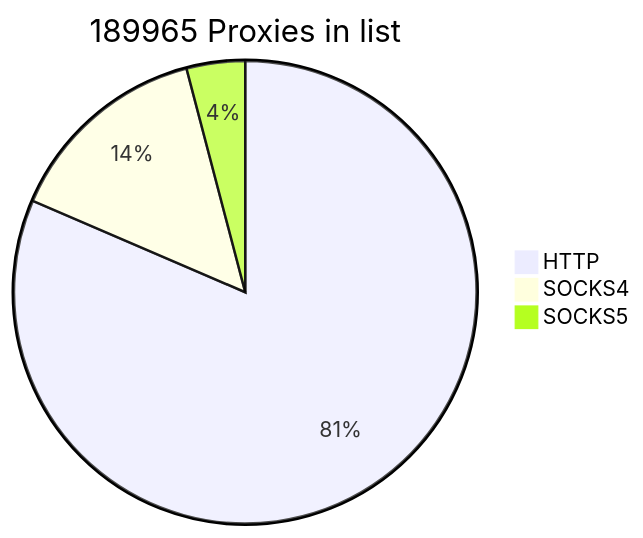
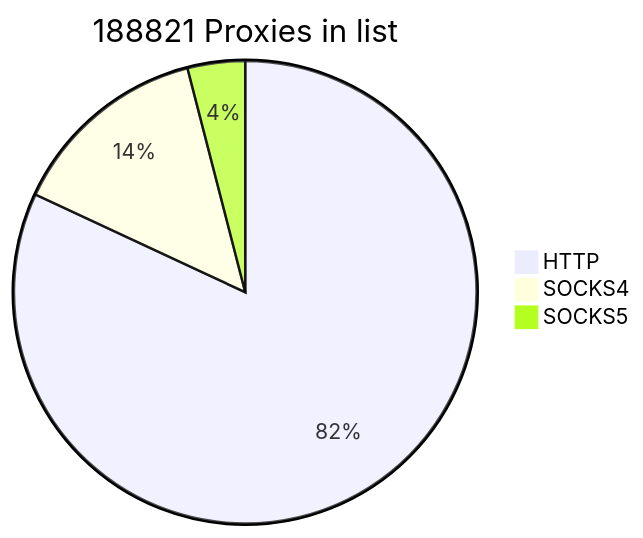
Before and after one commit to cutipu/proxylist: the first of 2 diagrams in README.md, drawn with Mermaid. The commit also changed other lines of this file, not shown here.

````diff
--- a/README.md
+++ b/README.md
@@ -2,7 +2,7 @@
 ```mermaid
-pie title 189965 Proxies in list
-    "HTTP" : 154749
-    "SOCKS4" : 27452
-    "SOCKS5" : 7764
+pie title 188821 Proxies in list
+    "HTTP" : 154721
+    "SOCKS4" : 26516
+    "SOCKS5" : 7584
             
 ```
````
